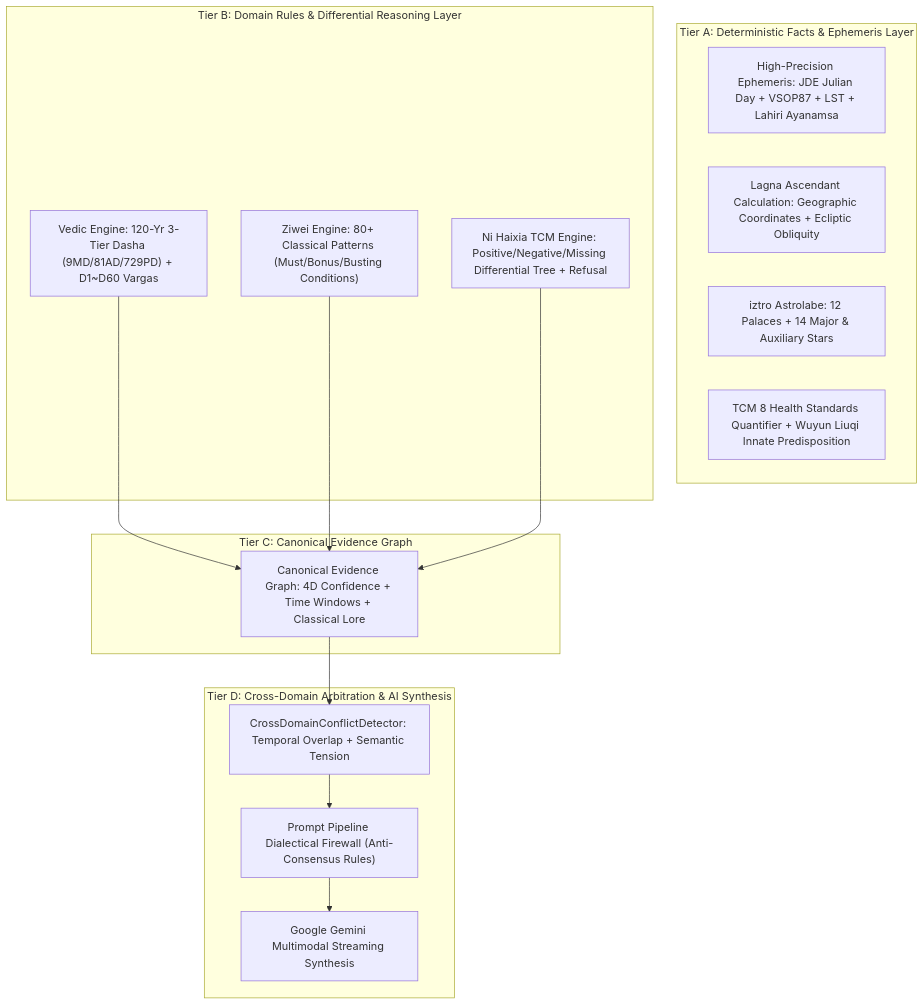
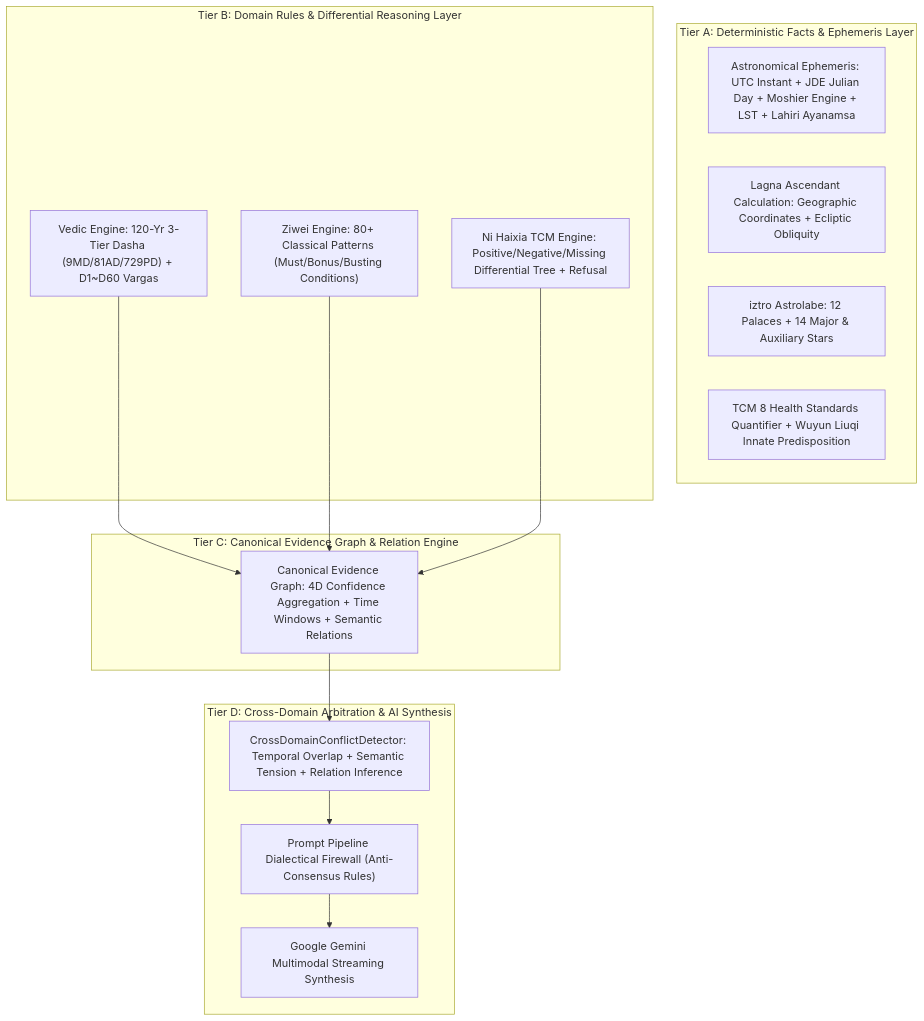
Before and after one commit to MeiSiristhebest/mystic: the diagram in README_EN.md, drawn with Mermaid. The commit also changed other lines of this file and 14 other files, not shown here.

Commit message:
feat(engine): normalize international timezones to UTC instant, implement deterministic confidence aggregation, and infer active evidence relations

````diff
--- a/README_EN.md
+++ b/README_EN.md
@@ -58,29 +72,29 @@
 ```mermaid
 graph TD
     subgraph Layer1 [Tier A: Deterministic Facts & Ephemeris Layer]
-        Ephem["High-Precision Ephemeris: JDE Julian Day + VSOP87 + LST + Lahiri Ayanamsa"]
+        Ephem["Astronomical Ephemeris: UTC Instant + JDE Julian Day + Moshier Engine + LST + Lahiri Ayanamsa"]
         Asc["Lagna Ascendant Calculation: Geographic Coordinates + Ecliptic Obliquity"]
         Iztro["iztro Astrolabe: 12 Palaces + 14 Major & Auxiliary Stars"]
         TcmStd["TCM 8 Health Standards Quantifier + Wuyun Liuqi Innate Predisposition"]
     end
 
     subgraph Layer2 [Tier B: Domain Rules & Differential Reasoning Layer]
         V_Engine["Vedic Engine: 120-Yr 3-Tier Dasha (9MD/81AD/729PD) + D1~D60 Vargas"]
         Z_Engine["Ziwei Engine: 80+ Classical Patterns (Must/Bonus/Busting Conditions)"]
         T_Engine["Ni Haixia TCM Engine: Positive/Negative/Missing Differential Tree + Refusal"]
     end
 
-    subgraph Layer3 [Tier C: Canonical Evidence Graph]
-        CEG["Canonical Evidence Graph: 4D Confidence + Time Windows + Classical Lore"]
+    subgraph Layer3 [Tier C: Canonical Evidence Graph & Relation Engine]
+        CEG["Canonical Evidence Graph: 4D Confidence Aggregation + Time Windows + Semantic Relations"]
         V_Engine --> CEG
         Z_Engine --> CEG
         T_Engine --> CEG
     end
 
     subgraph Layer4 [Tier D: Cross-Domain Arbitration & AI Synthesis]
-        Arbitrator["CrossDomainConflictDetector: Temporal Overlap + Semantic Tension"]
+        Arbitrator["CrossDomainConflictDetector: Temporal Overlap + Semantic Tension + Relation Inference"]
         CEG --> Arbitrator
         Arbitrator --> Firewall["Prompt Pipeline Dialectical Firewall (Anti-Consensus Rules)"]
         Firewall --> LLM["Google Gemini Multimodal Streaming Synthesis"]
     end
 ```
````
